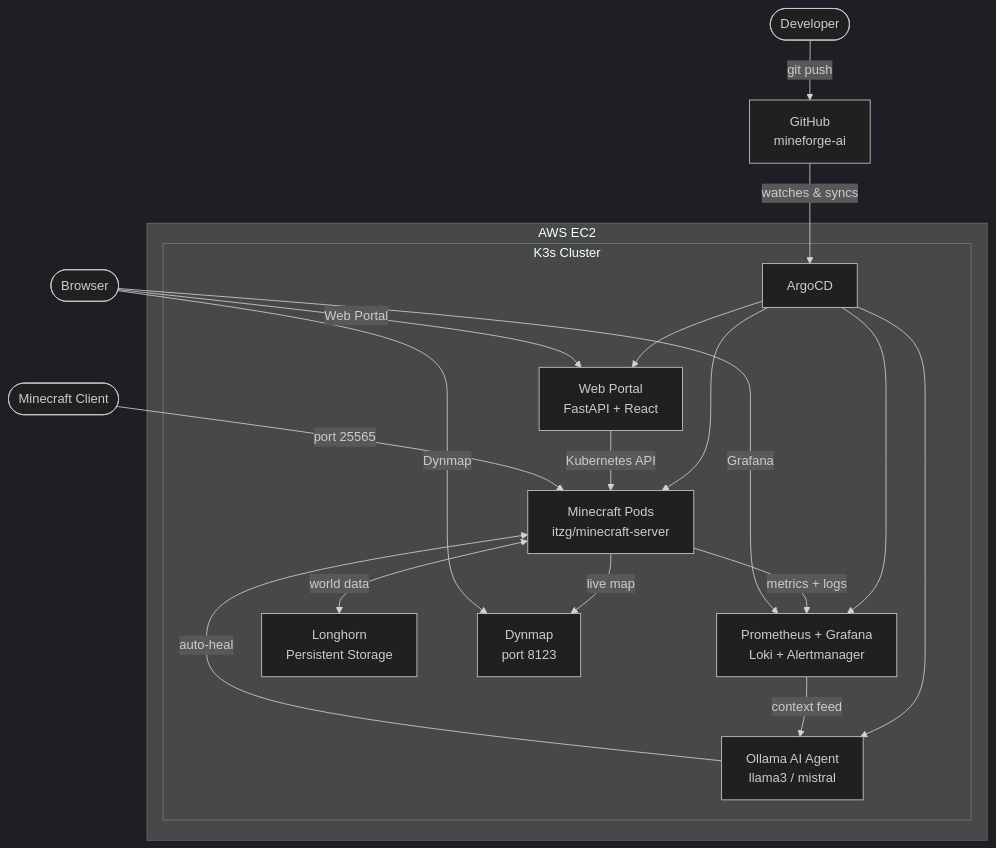
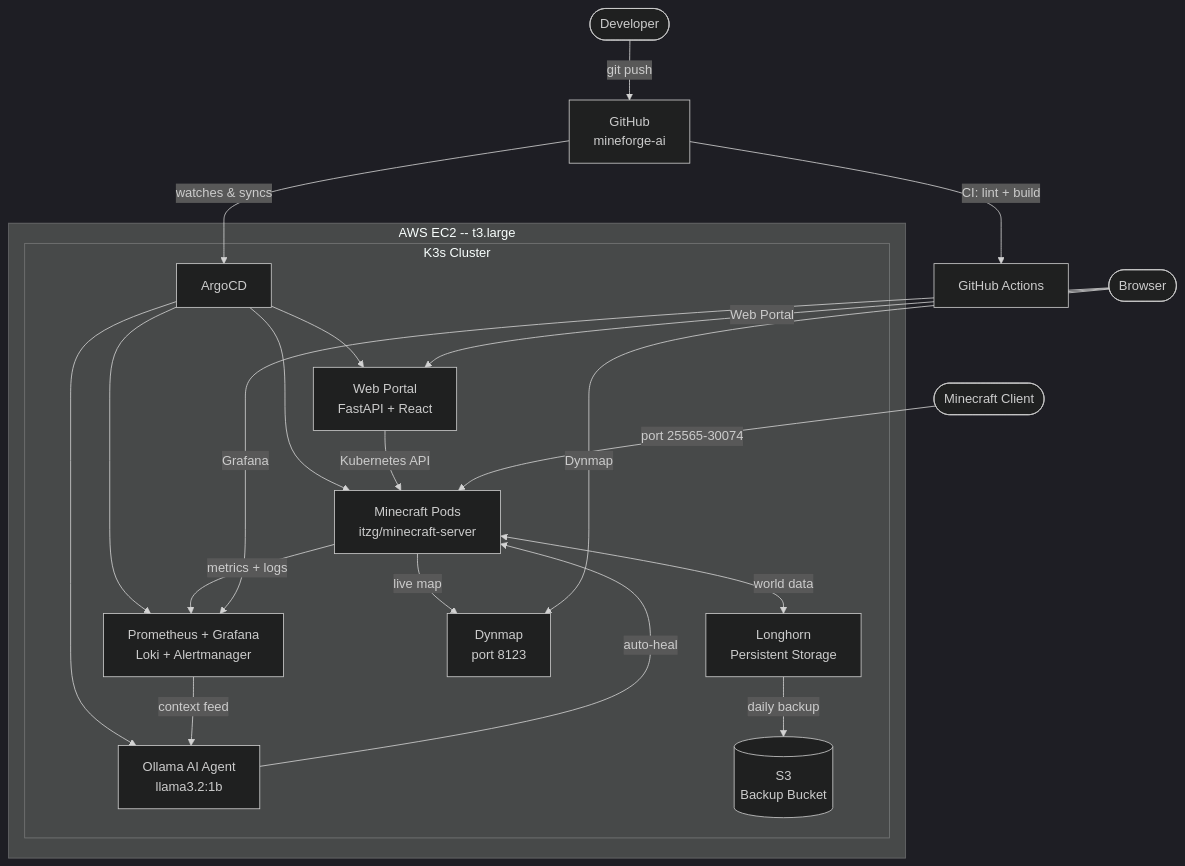
Before and after one commit to zachary-perlmutter/mineforge-ai: the diagram in README.md, drawn with Mermaid (dark theme). The commit also changed other lines of this file and 14 other files, not shown here.

````diff
--- a/README.md
+++ b/README.md
@@ -11,28 +26,30 @@
 ```mermaid
 flowchart TD
     Dev([Developer]) -->|git push| GH[GitHub\nmineforge-ai]
+    GH -->|CI: lint + build| Actions[GitHub Actions]
     GH -->|watches & syncs| ArgoCD[ArgoCD]
 
-    subgraph AWS [AWS EC2]
+    subgraph AWS [AWS EC2 -- t3.large]
         subgraph K3s [K3s Cluster]
             ArgoCD --> MC["Minecraft Pods\nitzg/minecraft-server"]
             ArgoCD --> OBS["Prometheus + Grafana\nLoki + Alertmanager"]
-            ArgoCD --> OLLAMA["Ollama AI Agent\nllama3 / mistral"]
+            ArgoCD --> OLLAMA["Ollama AI Agent\nllama3.2:1b"]
             ArgoCD --> PORTAL["Web Portal\nFastAPI + React"]
 
             MC <-->|world data| LH[Longhorn\nPersistent Storage]
+            LH -->|daily backup| S3[(S3\nBackup Bucket)]
             MC -->|metrics + logs| OBS
             MC -->|live map| DM[Dynmap\nport 8123]
 
             OBS -->|context feed| OLLAMA
             OLLAMA -->|auto-heal| MC
 
             PORTAL -->|Kubernetes API| MC
         end
     end
 
-    Player([Minecraft Client]) -->|port 25565| MC
+    Player([Minecraft Client]) -->|port 25565-30074| MC
     Browser([Browser]) -->|Web Portal| PORTAL
     Browser -->|Dynmap| DM
     Browser -->|Grafana| OBS
 ```
````
